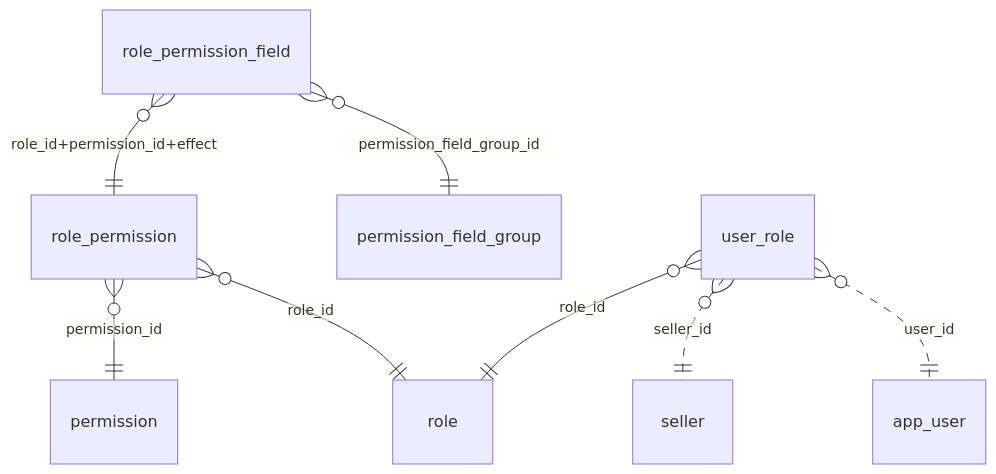
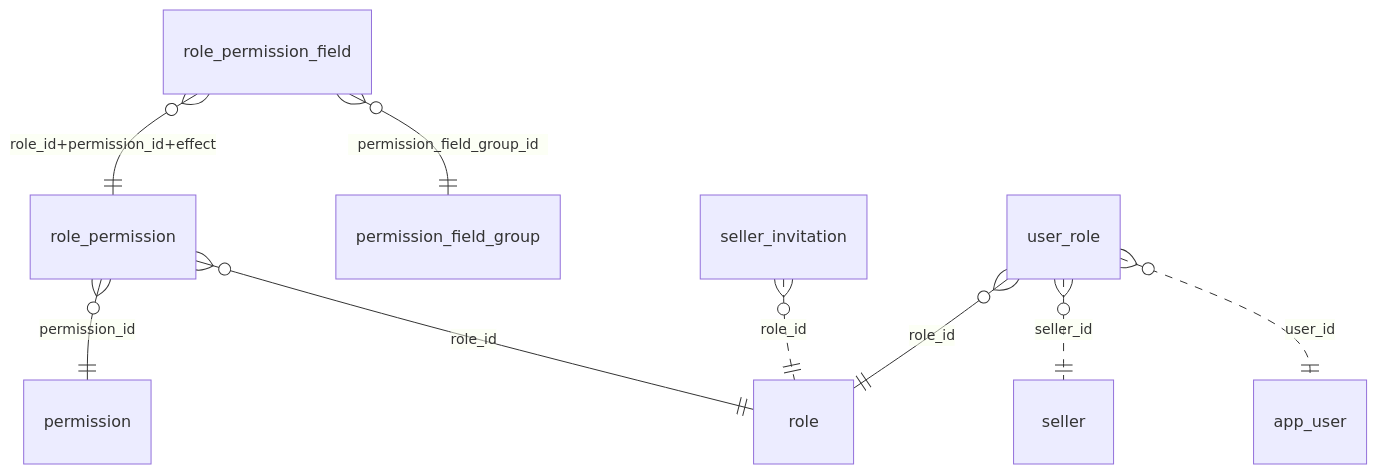
Before and after one commit to ejg93/ProjectShop: the diagram in doc/erd/permission.md, drawn with Mermaid. The commit also changed 19 other files, not shown here.

````diff
--- a/doc/erd/permission.md
+++ b/doc/erd/permission.md
@@ -6,10 +6,11 @@
 ```mermaid
 erDiagram
     role_permission }o--|| permission : "permission_id"
     role_permission }o--|| role : "role_id"
     role_permission_field }o--|| permission_field_group : "permission_field_group_id"
     role_permission_field }o--|| role_permission : "role_id+permission_id+effect"
+    seller_invitation }o..|| role : "role_id"
     user_role }o--|| role : "role_id"
     user_role }o..|| seller : "seller_id"
     user_role }o..|| app_user : "user_id"
 ```
````
